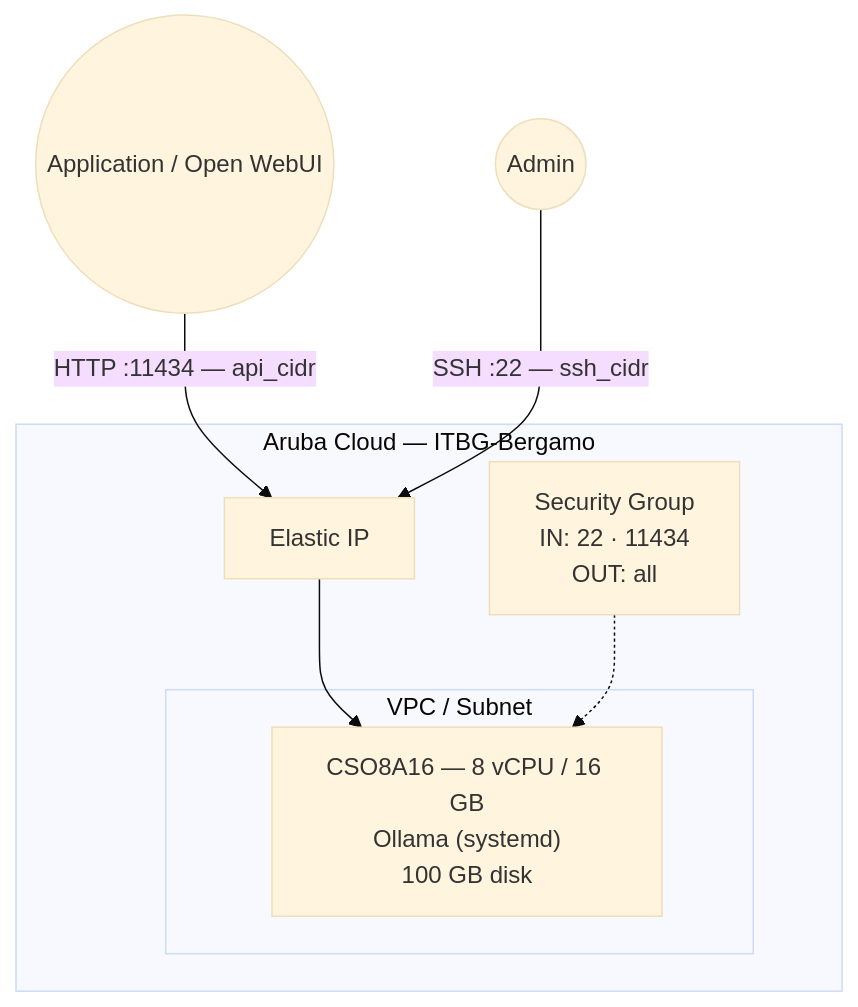
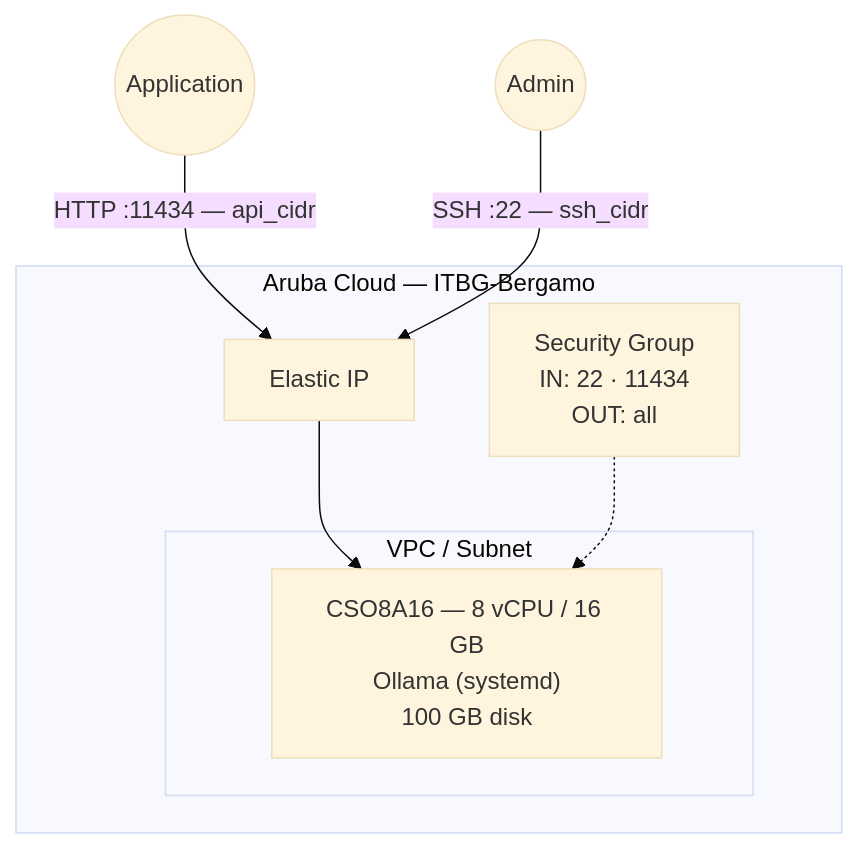
The diagram in docs/website/docs/examples/ollama.md (Arubacloud/terraform-arubacloud-examples), drawn with Mermaid (base theme) before and after one commit. The commit also changed other lines of this file and 16 other files, not shown here.

First line of the commit message:
remove(open-webui): remove Open WebUI example and all references

````diff
--- a/docs/website/docs/examples/ollama.md
+++ b/docs/website/docs/examples/ollama.md
@@ -27,15 +27,15 @@
 ```mermaid
 graph TB
-    App((Application / Open WebUI)) -->|HTTP :11434 — api_cidr| EIP[Elastic IP]
+    App((Application)) -->|HTTP :11434 — api_cidr| EIP[Elastic IP]
     Admin((Admin)) -->|SSH :22 — ssh_cidr| EIP
 
     subgraph AC["Aruba Cloud — ITBG-Bergamo"]
         subgraph VPC["VPC / Subnet"]
             VM["CSO8A16 — 8 vCPU / 16 GB\nOllama (systemd)\n100 GB disk"]
         end
         EIP --> VM
         SG["Security Group\nIN: 22 · 11434\nOUT: all"]
     end
 
     SG -.-> VM
 ```
````
